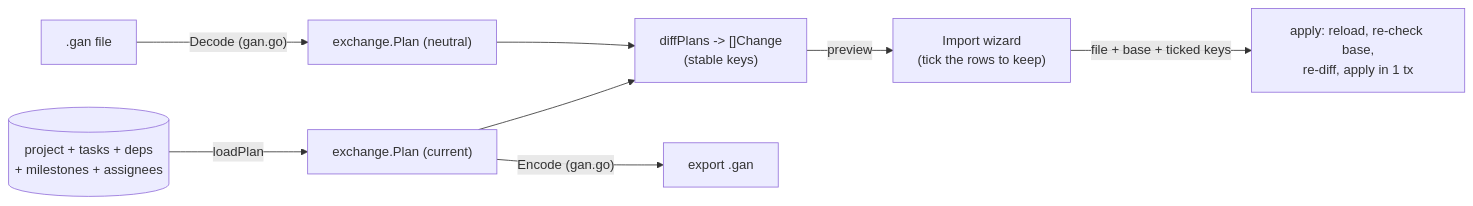
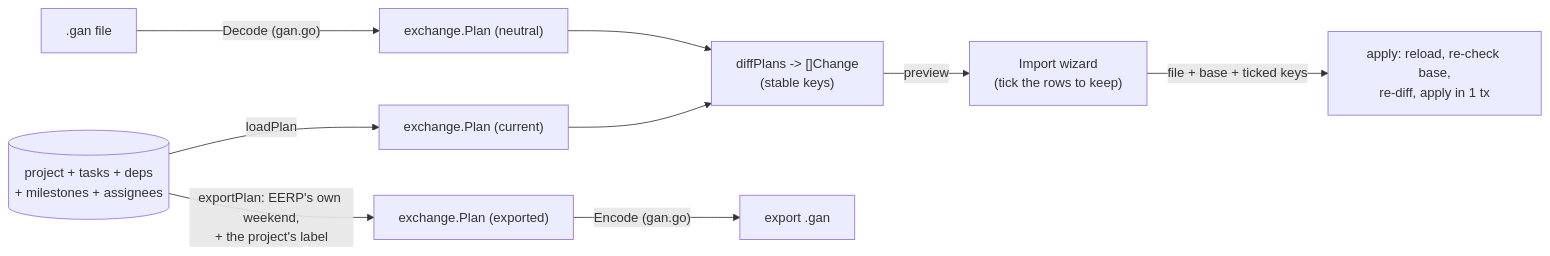
Before and after one commit to noiia/EERP: the diagram in docs/adr/ADR-042-project-plan-exchange.md, drawn with Mermaid. The commit also changed other lines of this file and 9 other files, not shown here.

````diff
--- a/docs/adr/ADR-042-project-plan-exchange.md
+++ b/docs/adr/ADR-042-project-plan-exchange.md
@@ -31,10 +31,11 @@
 ```mermaid
 flowchart LR
     File[".gan file"] -->|"Decode (gan.go)"| Plan["exchange.Plan (neutral)"]
     DB[("project + tasks + deps<br/>+ milestones + assignees")] -->|"loadPlan"| Cur["exchange.Plan (current)"]
     Plan --> Diff["diffPlans -> []Change<br/>(stable keys)"]
     Cur --> Diff
     Diff -->|preview| Wizard["Import wizard<br/>(tick the rows to keep)"]
     Wizard -->|"file + base + ticked keys"| Apply["apply: reload, re-check base,<br/>re-diff, apply in 1 tx"]
-    Cur -->|"Encode (gan.go)"| Out["export .gan"]
+    DB -->|"exportPlan: EERP's own weekend,<br/>+ the project's label"| Export["exchange.Plan (exported)"]
+    Export -->|"Encode (gan.go)"| Out["export .gan"]
 ```
````
